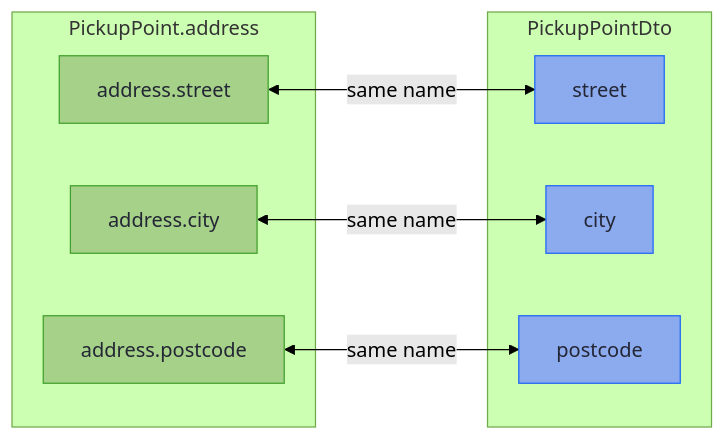
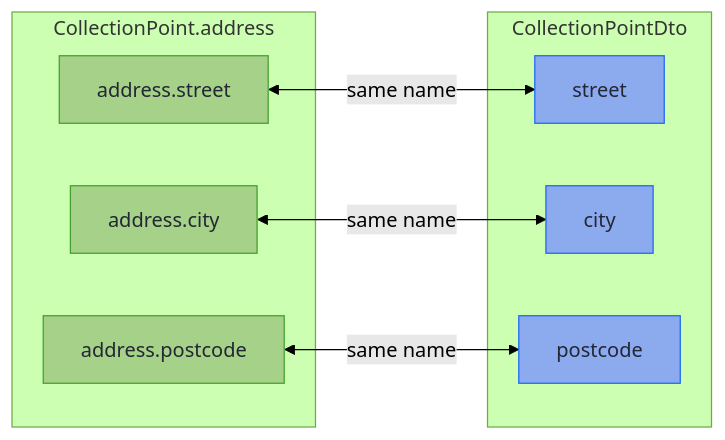
Before and after one commit to higher-kinded-j/higher-kinded-j: the second of 3 diagrams in hkj-book/src/mapping/structure.md, drawn with Mermaid (forest theme). The commit also changed other lines of this file and 212 other files, not shown here.

````diff
--- a/hkj-book/src/mapping/structure.md
+++ b/hkj-book/src/mapping/structure.md
@@ -226,23 +226,23 @@
 ```mermaid
 flowchart LR
     accTitle: A flattened address
-    accDescr: Each member of the domain's Address record, address.street, address.city and address.postcode, pairs by name with the flat PickupPointDto field of the same name.
-    subgraph D["PickupPoint.address"]
+    accDescr: Each member of the domain's Address record, address.street, address.city and address.postcode, pairs by name with the flat CollectionPointDto field of the same name.
+    subgraph D["CollectionPoint.address"]
         AS["address.street"]
         AC["address.city"]
         AP["address.postcode"]
     end
-    subgraph W["PickupPointDto"]
+    subgraph W["CollectionPointDto"]
         S["street"]
         C["city"]
         P["postcode"]
     end
     AS <-->|same name| S
     AC <-->|same name| C
     AP <-->|same name| P
 
     classDef domain fill:#a6d189,stroke:#40a02b,color:#232634
     classDef wire fill:#8caaee,stroke:#1e66f5,color:#232634
     class AS,AC,AP domain
     class S,C,P wire
 ```
````
